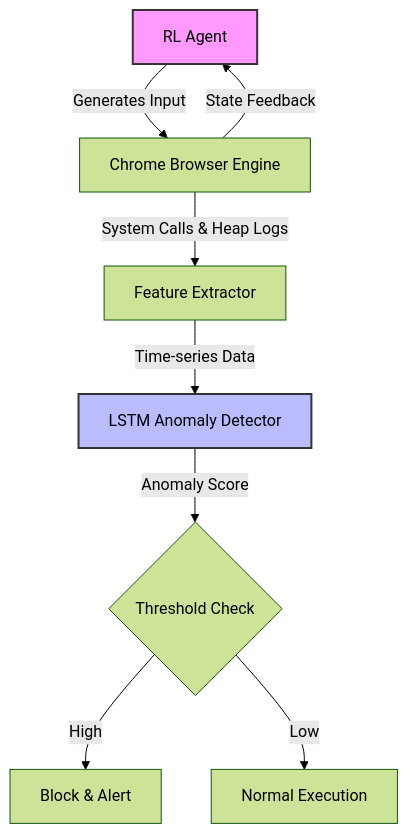
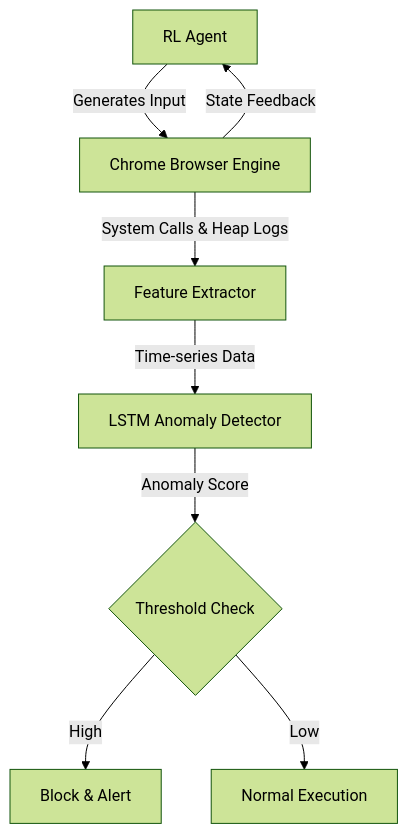
The diagram in content/post/AI/크롬-제로데이-ML로-잡는다/index.md (rebugui/rebugui.github.io), drawn with Mermaid (forest theme) before and after one commit. The commit also changed 14 other files, not shown here.

First line of the commit message:
fix: 최근 3일간 블로그 Mermaid 다이어그램 스타일 제거

````diff
--- a/content/post/AI/크롬-제로데이-ML로-잡는다/index.md
+++ b/content/post/AI/크롬-제로데이-ML로-잡는다/index.md
@@ -45,12 +45,10 @@
 ```mermaid
 graph TD
     A[RL Agent] -->|Generates Input| B[Chrome Browser Engine]
     B -->|State Feedback| A
     B -->|System Calls & Heap Logs| C[Feature Extractor]
     C -->|Time-series Data| D[LSTM Anomaly Detector]
     D -->|Anomaly Score| E{Threshold Check}
     E -- High --> F[Block & Alert]
     E -- Low --> G[Normal Execution]
-    style A fill:#f9f,stroke:#333,stroke-width:2px
-    style D fill:#bbf,stroke:#333,stroke-width:2px
 ```
````
